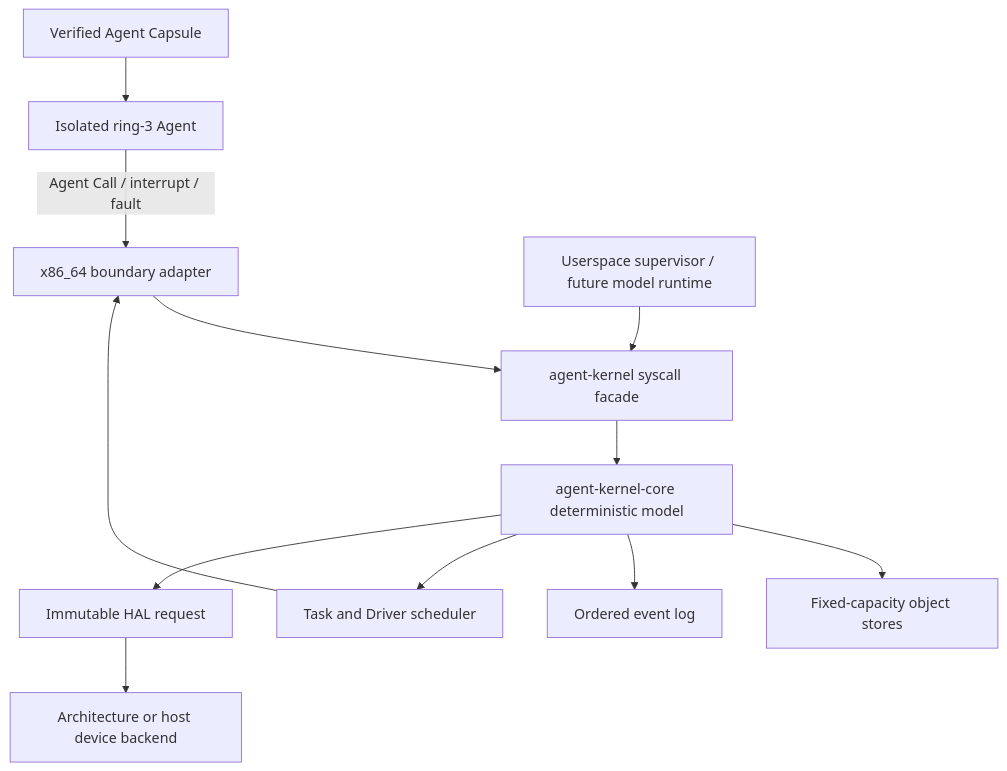
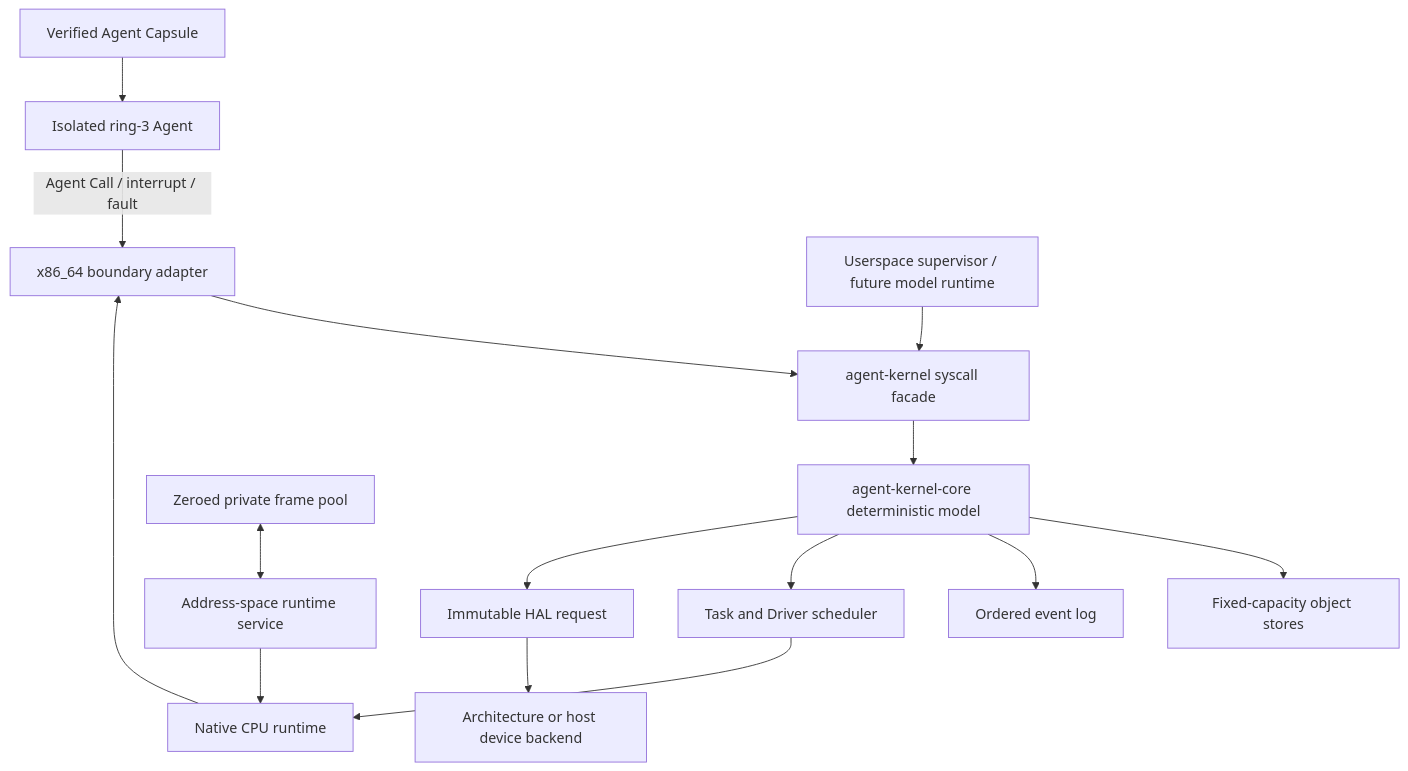
One commit to Evan-master/agent-kernel changed the diagram in README.md. Above: the diagram before and after it, drawn with Mermaid. The commit also changed other lines of this file and 23 other files, not shown here.

Commit message:
feat: add native address space runtime service

````diff
--- a/README.md
+++ b/README.md
@@ -122,14 +127,17 @@
 ```mermaid
 flowchart TB
     Capsule["Verified Agent Capsule"] --> Ring3["Isolated ring-3 Agent"]
     Ring3 -->|"Agent Call / interrupt / fault"| X86["x86_64 boundary adapter"]
     X86 --> Facade["agent-kernel syscall facade"]
     Facade --> Core["agent-kernel-core deterministic model"]
     Core --> Stores["Fixed-capacity object stores"]
     Core --> Events["Ordered event log"]
     Core --> Scheduler["Task and Driver scheduler"]
-    Scheduler --> X86
+    Scheduler --> Runtime["Native CPU runtime"]
+    Runtime --> X86
+    FramePool["Zeroed private frame pool"] <--> AddressService["Address-space runtime service"]
+    AddressService --> Runtime
     Core --> HAL["Immutable HAL request"]
     HAL --> Device["Architecture or host device backend"]
     Supervisor["Userspace supervisor / future model runtime"] --> Facade
 ```
````
